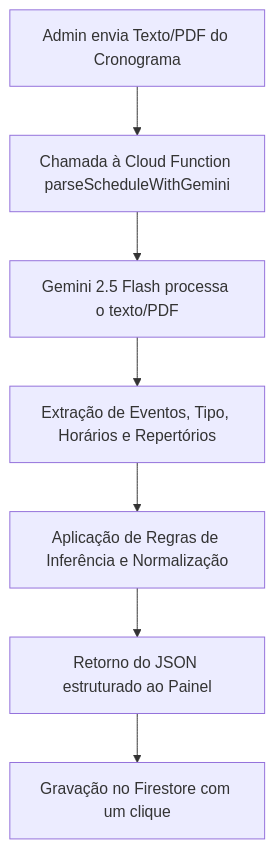
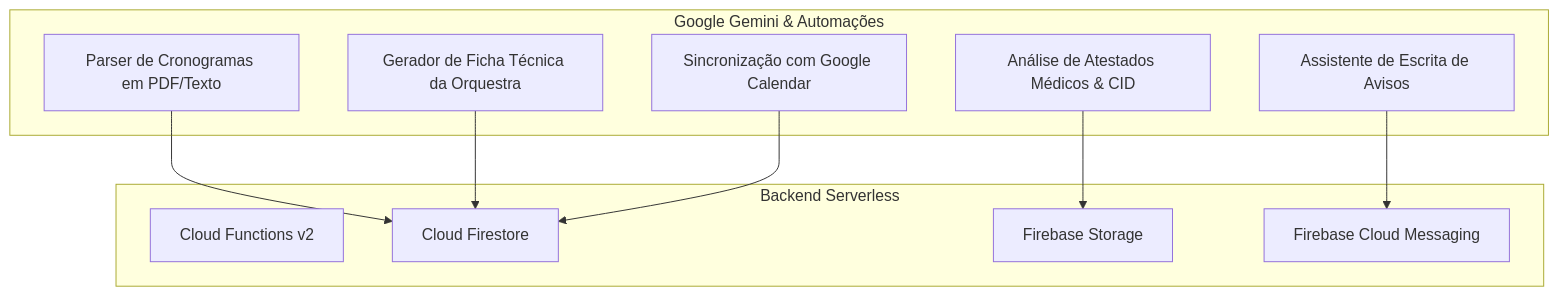
One commit to BorisRomaoAntunes/agenda-e-temporada changed the diagram in README.md. Above: the diagram before and after it, drawn with Mermaid. The commit also changed other lines of this file, not shown here.

Commit message:
docs: atualizar README com modulos completos do ecossistema OER

````diff
--- a/README.md
+++ b/README.md
@@ -53,9 +76,23 @@
 ```mermaid
-graph TD
-    A[Admin envia Texto/PDF do Cronograma] --> B[Chamada à Cloud Function parseScheduleWithGemini]
-    B --> C[Gemini 2.5 Flash processa o texto/PDF]
-    C --> D[Extração de Eventos, Tipo, Horários e Repertórios]
-    D --> E[Aplicação de Regras de Inferência e Normalização]
-    E --> F[Retorno do JSON estruturado ao Painel]
-    F --> G[Gravação no Firestore com um clique]
+flowchart TD
+    subgraph IA [Google Gemini & Automações]
+        G1[Assistente de Escrita de Avisos]
+        G2[Parser de Cronogramas em PDF/Texto]
+        G3[Análise de Atestados Médicos & CID]
+        G4[Gerador de Ficha Técnica da Orquestra]
+        G5[Sincronização com Google Calendar]
+    end
+
+    subgraph Firebase [Backend Serverless]
+        F1[Cloud Functions v2]
+        F2[Cloud Firestore]
+        F3[Firebase Storage]
+        F4[Firebase Cloud Messaging]
+    end
+
+    G1 --> F4
+    G2 --> F2
+    G3 --> F3
+    G4 --> F2
+    G5 --> F2
 ```
````
